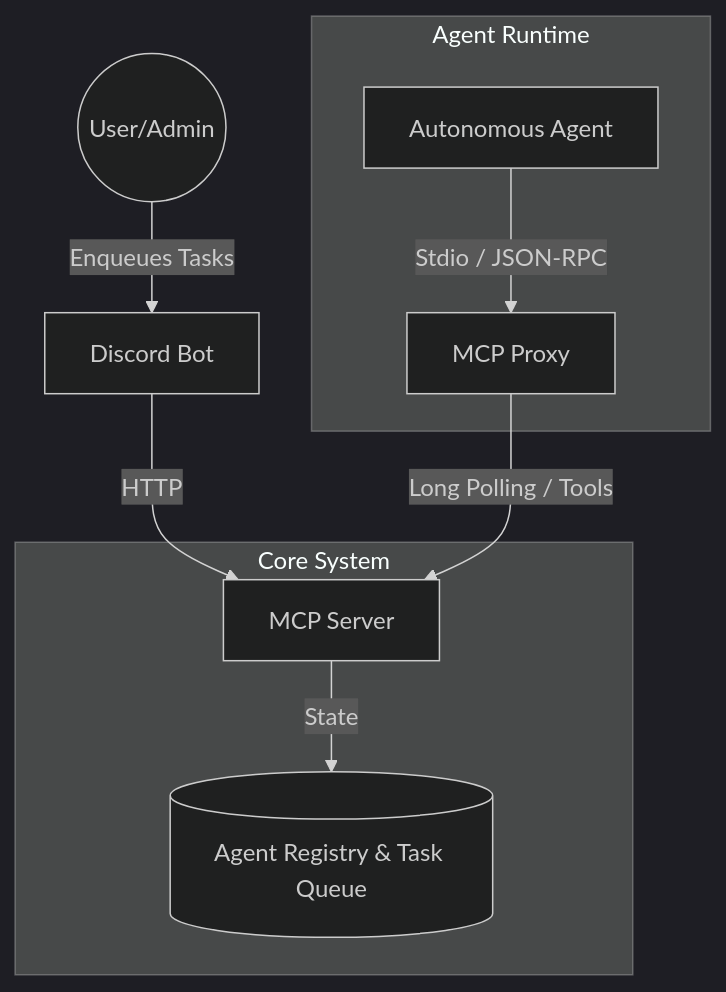
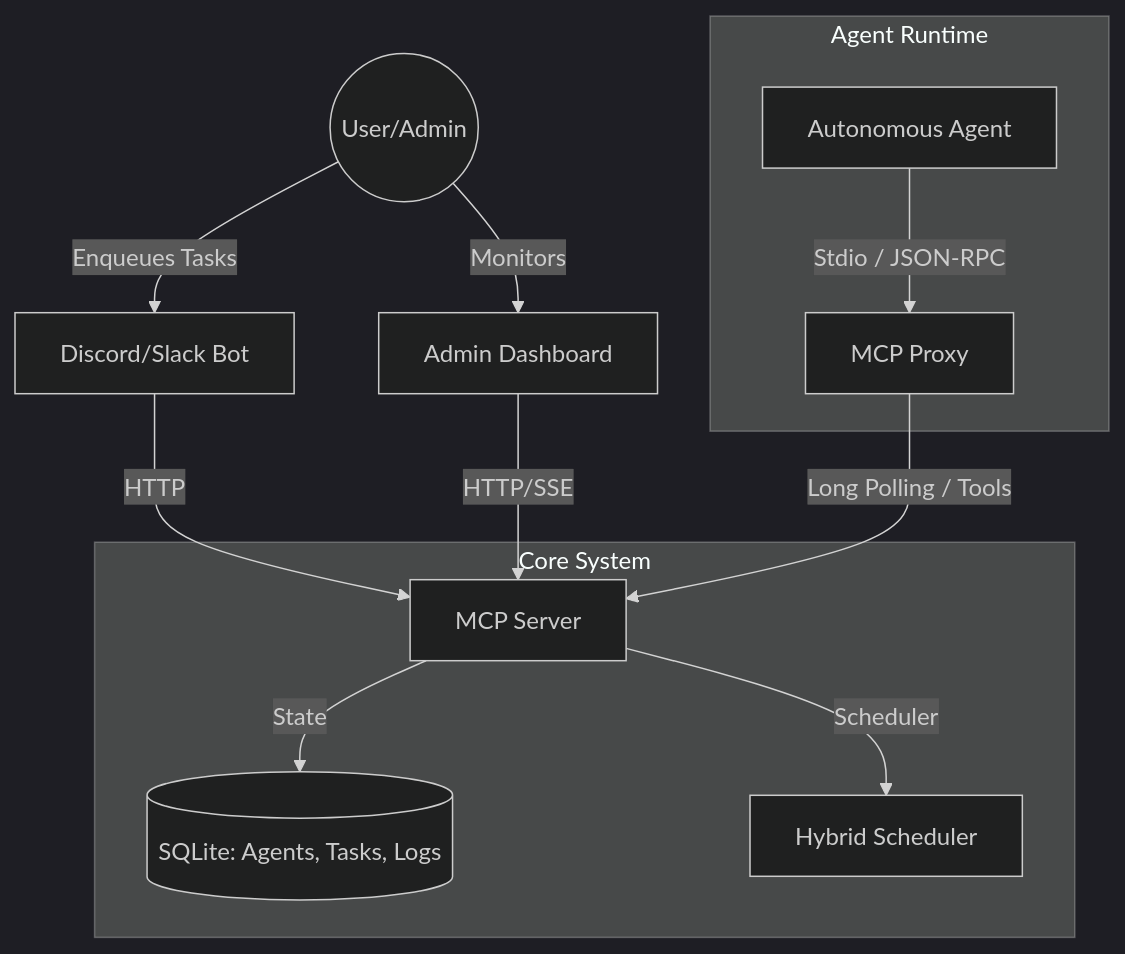
One commit to OpenSourceWTF/WAAAH changed the diagram in README.md. Above: the diagram before and after it, drawn with Mermaid (dark theme). The commit also changed other lines of this file and 67 other files, not shown here.

````diff
--- a/README.md
+++ b/README.md
@@ -54,15 +243,18 @@
 ```mermaid
 graph TD
-    User((User/Admin)) -->|Enqueues Tasks| DiscordBot[Discord Bot]
-    DiscordBot -->|HTTP| MB[Message Bus / MCP Server]
+    User(("User/Admin")) -->|"Enqueues Tasks"| DiscordBot["Discord/Slack Bot"]
+    User -->|"Monitors"| Dashboard["Admin Dashboard"]
+    DiscordBot -->|"HTTP"| MB["MCP Server"]
+    Dashboard -->|"HTTP/SSE"| MB
     
     subgraph "Core System"
-        MB[MCP Server]
-        MB -->|State| DB[(Agent Registry & Task Queue)]
+        MB["MCP Server"]
+        MB -->|"State"| DB[("SQLite: Agents, Tasks, Logs")]
+        MB -->|"Scheduler"| Scheduler["Hybrid Scheduler"]
     end
     
     subgraph "Agent Runtime"
-        Proxy[MCP Proxy] -->|Long Polling / Tools| MB
-        Agent[Autonomous Agent] -->|Stdio / JSON-RPC| Proxy
+        Proxy["MCP Proxy"] -->|"Long Polling / Tools"| MB
+        Agent["Autonomous Agent"] -->|"Stdio / JSON-RPC"| Proxy
     end
 ```
````
